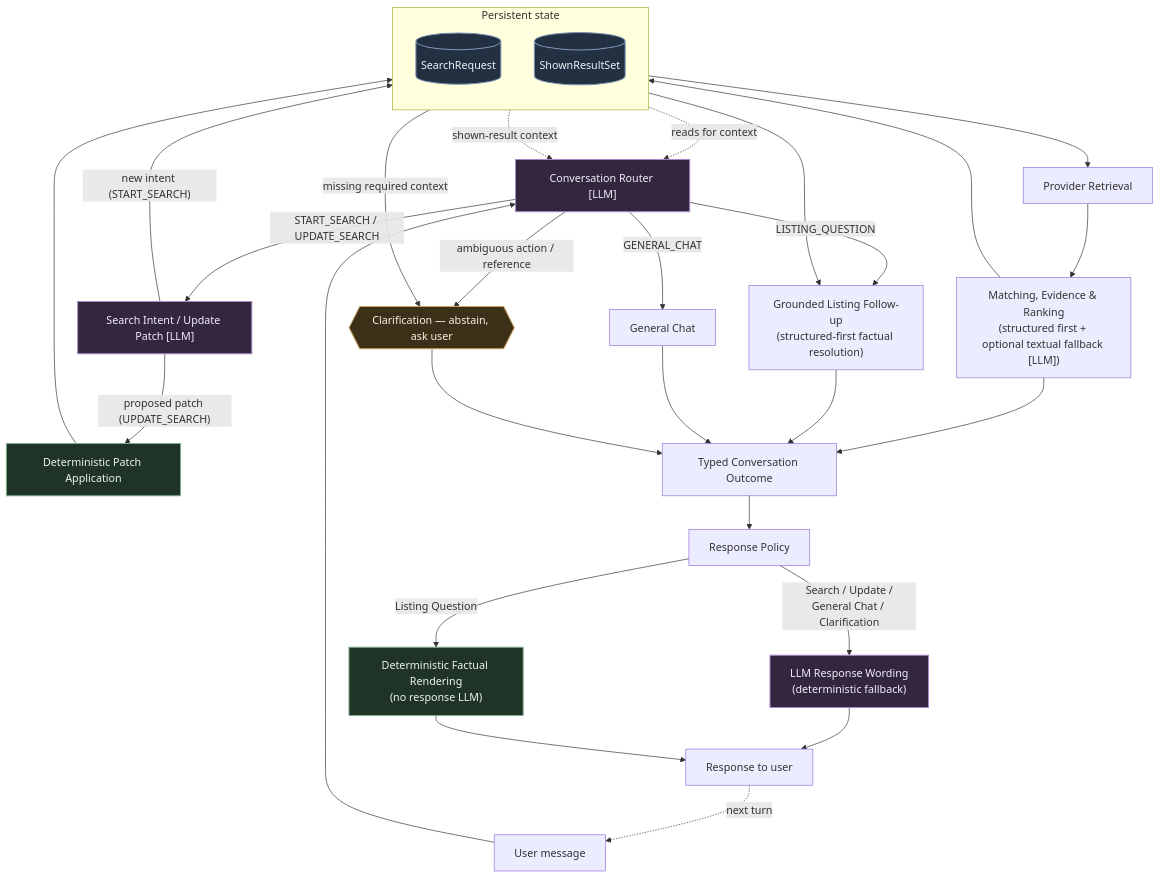
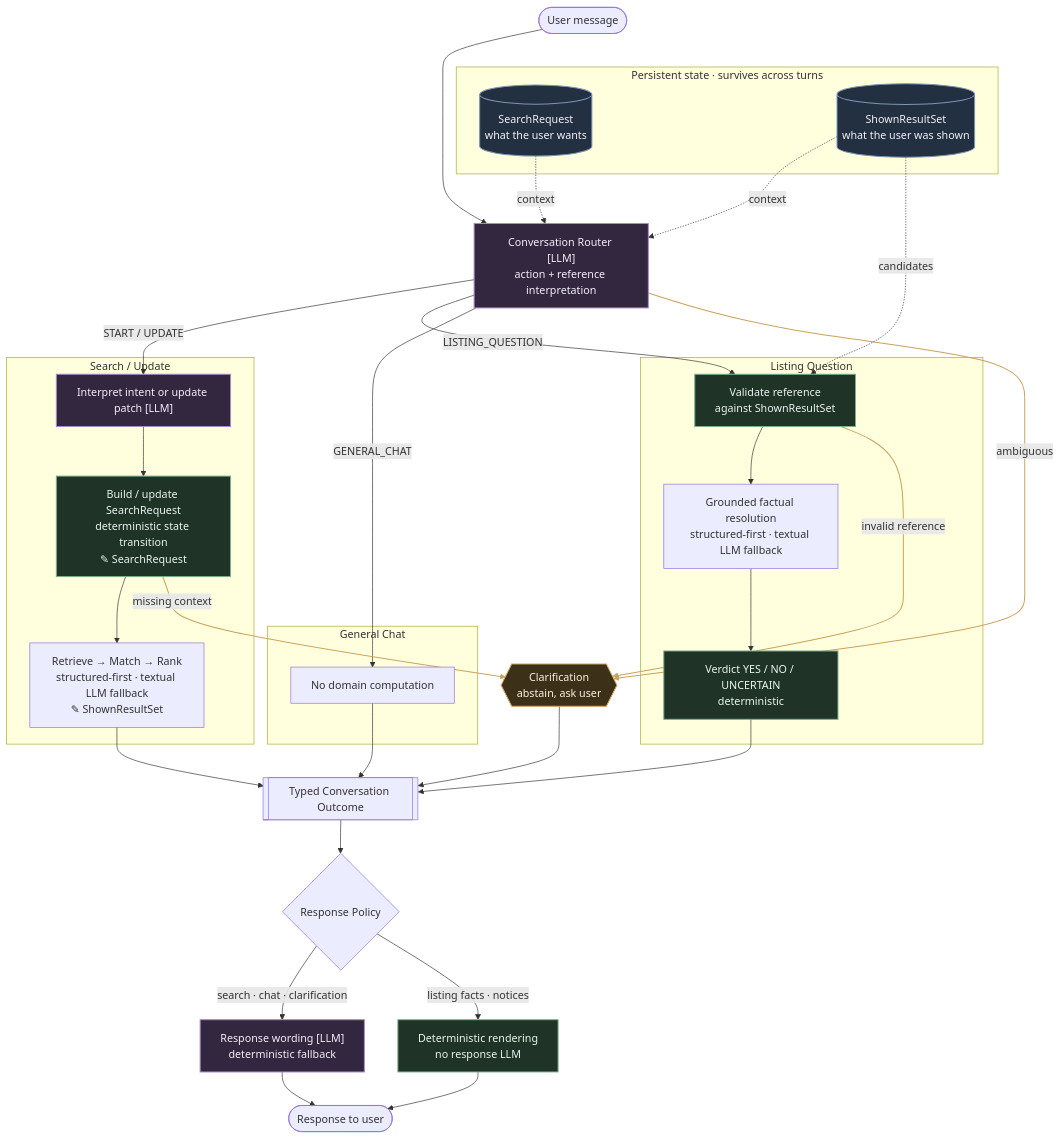
Before and after one commit to leylamehtiyeva/booking-ai-system: the first of 2 diagrams in README.md, drawn with Mermaid. The commit also changed other lines of this file, not shown here.

Commit message:
docs: redesign Architecture Overview diagram around one user-turn lifecycle
- Router fans out into three peer branches (Search / Update, Listing
  Question, General Chat); Clarification is a shared abstention path fed
  by router ambiguity, failed reference validation and missing context
- Persistent state sits above the pipeline and is only read via dotted
  edges; writes are marked with ✎ inside the owning node
- Adds the deterministic listing-reference validation guardrail
- Adds a legend and aligns adjacent prose with the new diagram

````diff
--- a/README.md
+++ b/README.md
@@ -7,54 +7,69 @@
 ```mermaid
 flowchart TD
-    U[User message] --> R["Conversation Router [LLM]"]
+    U(["User message"]) --> R["Conversation Router [LLM]<br/>action + reference interpretation"]
 
-    subgraph STATE["Persistent state"]
-        direction TB
-        SR[(SearchRequest)]
-        SRS[(ShownResultSet)]
+    subgraph STATE["Persistent state · survives across turns"]
+        SR[("SearchRequest<br/>what the user wants")]
+        SRS[("ShownResultSet<br/>what the user was shown")]
     end
 
-    SR -. reads for context .-> R
-    SRS -. shown-result context .-> R
+    subgraph SEARCH["Search / Update"]
+        IP["Interpret intent or update patch [LLM]"]
+        APPLY["Build / update SearchRequest<br/>deterministic state transition<br/>✎ SearchRequest"]
+        RUN["Retrieve → Match → Rank<br/>structured-first · textual LLM fallback<br/>✎ ShownResultSet"]
+    end
 
-    R -- "ambiguous action / reference" --> CLAR{{"Clarification — abstain, ask user"}}
-    R -- "START_SEARCH / UPDATE_SEARCH" --> IP["Search Intent / Update Patch [LLM]"]
-    R -- "LISTING_QUESTION" --> LQ["Grounded Listing Follow-up<br/>(structured-first factual resolution)"]
-    R -- "GENERAL_CHAT" --> GC[General Chat]
+    subgraph LISTING["Listing Question"]
+        VAL["Validate reference<br/>against ShownResultSet"]
+        FACT["Grounded factual resolution<br/>structured-first · textual LLM fallback"]
+        VERD["Verdict YES / NO / UNCERTAIN<br/>deterministic"]
+    end
 
-    IP -- "new intent (START_SEARCH)" --> SR
-    IP -- "proposed patch (UPDATE_SEARCH)" --> DPA[Deterministic Patch Application]
-    DPA --> SR
+    subgraph CHAT["General Chat"]
+        GC["No domain computation"]
+    end
 
-    SR -- "missing required context" --> CLAR
-    SR --> RET[Provider Retrieval]
-    RET --> MER["Matching, Evidence & Ranking<br/>(structured first + optional textual fallback [LLM])"]
-    MER --> SRS
+    SR -. context .-> R
+    SRS -. context .-> R
 
-    SRS --> LQ
+    R -- "START / UPDATE" --> IP
+    R -- "LISTING_QUESTION" --> VAL
+    R -- "GENERAL_CHAT" --> GC
+    R -- "ambiguous" --> CLAR{{"Clarification<br/>abstain, ask user"}}
 
-    MER --> OUT[Typed Conversation Outcome]
-    LQ --> OUT
+    IP --> APPLY --> RUN
+    VAL --> FACT --> VERD
+
+    SRS -. candidates .-> VAL
+
+    VAL -- "invalid reference" --> CLAR
+    APPLY -- "missing context" --> CLAR
+
+    RUN --> OUT[["Typed Conversation Outcome"]]
+    VERD --> OUT
     GC --> OUT
     CLAR --> OUT
 
-    OUT --> POL[Response Policy]
+    OUT --> POL{"Response Policy"}
 
-    POL -- "Search / Update /<br/>General Chat / Clarification" --> LLMR["LLM Response Wording<br/>(deterministic fallback)"]
-    POL -- "Listing Question" --> DFR["Deterministic Factual Rendering<br/>(no response LLM)"]
+    POL -- "search · chat · clarification" --> LLMR["Response wording [LLM]<br/>deterministic fallback"]
+    POL -- "listing facts · notices" --> DFR["Deterministic rendering<br/>no response LLM"]
 
-    LLMR --> RESP[Response to user]
+    LLMR --> RESP(["Response to user"])
     DFR --> RESP
-
-    RESP -. next turn .-> U
 
     classDef state fill:#233042,stroke:#7c93b3,stroke-width:1.5px,color:#eef2f7;
     classDef llm fill:#33263f,stroke:#a889c9,stroke-width:1.5px,color:#f4eef9;
     classDef det fill:#1f3327,stroke:#7fae8f,stroke-width:1.5px,color:#eaf5ee;
     classDef clarify fill:#3d3018,stroke:#c9a35c,stroke-width:1.5px,color:#f9f1e0;
 
     class R,IP,LLMR llm;
     class SR,SRS state;
-    class DPA,DFR det;
+    class APPLY,VAL,VERD,DFR det;
     class CLAR clarify;
+
+    linkStyle 6,12,13 stroke:#c9a35c,stroke-width:1.5px;
+
+    U ~~~ SR
+    U ~~~ SRS
 ```
````
